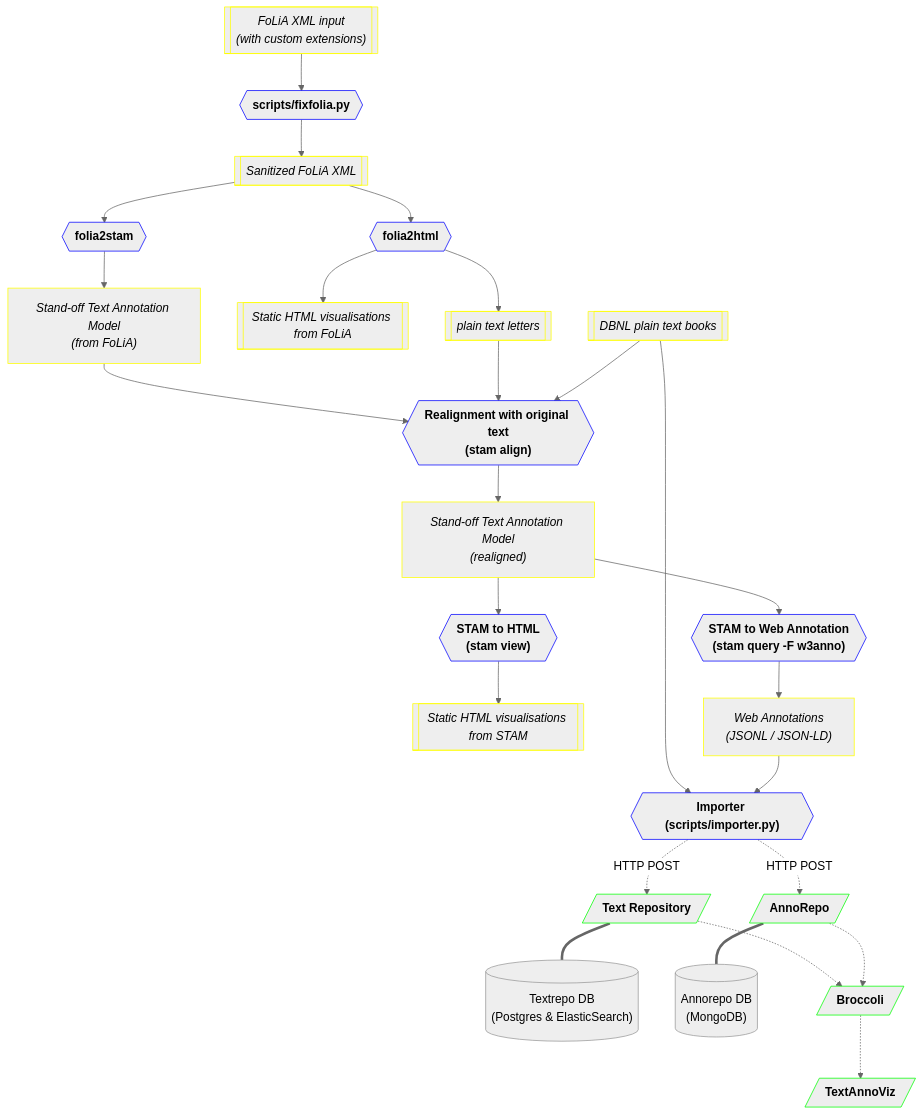
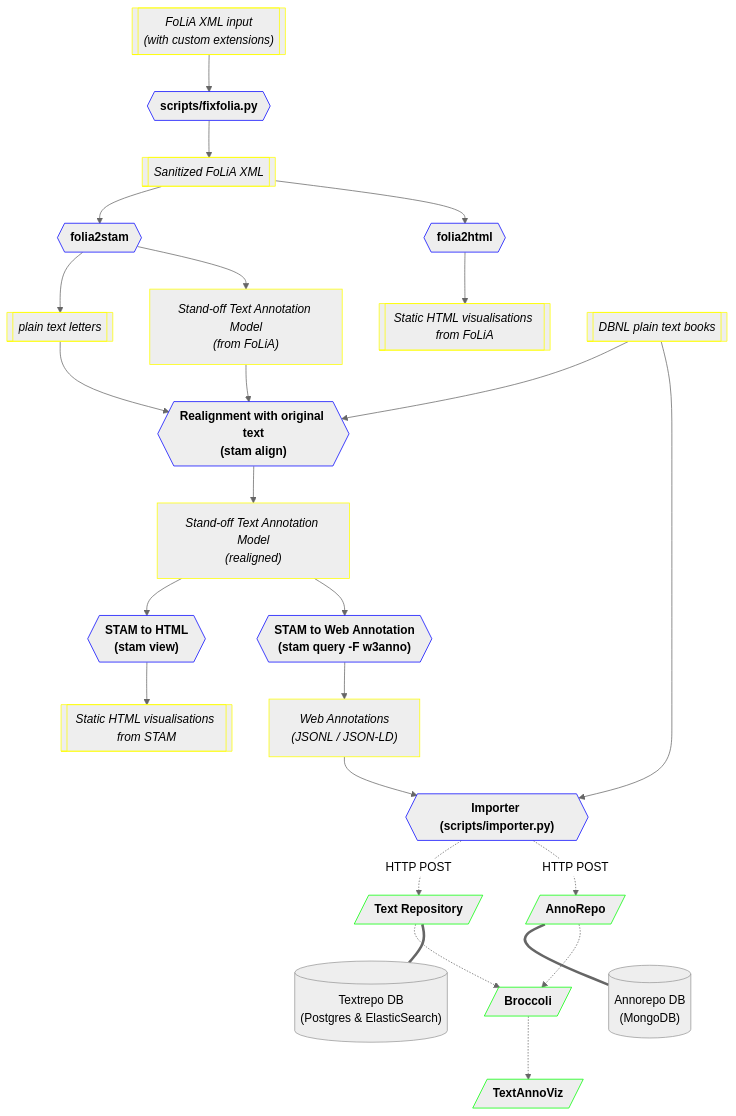
One commit to knaw-huc/brieven-van-hooft-pipeline changed the diagram in README.md. Above: the diagram before and after it, drawn with Mermaid (neutral theme).

Commit message:
diagram fix

````diff
--- a/README.md
+++ b/README.md
@@ -102,61 +102,61 @@
 ```mermaid
 flowchart TD
     folia_input[["FoLiA XML input\n(with custom extensions)"]]
     folia_fixed[[Sanitized FoLiA XML]]
     fixfolia{{scripts/fixfolia.py}}
     folia2stam{{folia2stam}}
     stamstore["Stand-off Text Annotation Model\n(from FoLiA)"]
     stamstore2["Stand-off Text Annotation Model\n(realigned)"]
     stamview{{"STAM to HTML\n(stam view)"}}
     stamhtml[["Static HTML visualisations from STAM"]]
     folia2html{{folia2html}}
     foliahtml[["Static HTML visualisations from FoLiA"]]
     stam2webanno{{"STAM to Web Annotation\n(stam query -F w3anno)"}}
     webanno["Web Annotations\n(JSONL / JSON-LD)"]
     foliaplaintext[["plain text letters"]]
     dbnlplaintext[["DBNL plain text books"]]
     stamalign{{"Realignment with original text\n(stam align)"}}
 
 
 
     importer{{"Importer (scripts/importer.py)"}}
     textrepo[/Text Repository/]
     textrepodb[("Textrepo DB\n(Postgres & ElasticSearch)")]
     annorepo[/AnnoRepo/]
     annorepodb[("Annorepo DB\n(MongoDB)")]
     broccoli[/Broccoli/]
     textannoviz[/TextAnnoViz/]
 
 
     folia_input --> fixfolia 
     fixfolia --> folia_fixed
     folia_fixed --> folia2stam
     folia_fixed --> folia2html
     folia2html --> foliahtml
-    folia2html --> foliaplaintext
+    folia2stam --> foliaplaintext
     folia2stam --> stamstore
     stamstore --> stamalign
     foliaplaintext --> stamalign
     dbnlplaintext --> stamalign
     stamalign --> stamstore2
     stamstore2 --> stamview
     stamstore2 --> stam2webanno
     stamview --> stamhtml
     stam2webanno --> webanno
     dbnlplaintext --> importer
     webanno --> importer
     importer -. "HTTP POST" .-> textrepo
     importer -. "HTTP POST" .-> annorepo
     textrepo -.-> broccoli
     textrepo === textrepodb
     annorepo === annorepodb
     annorepo -.-> broccoli
     broccoli -.-> textannoviz
 
     classDef process stroke:#00f,font-weight:bold
     classDef service stroke:#0f0,font-weight:bold
     classDef data stroke:#ff0,font-style:italic
     class fixfolia,folia2stam,stamview,folia2html,stam2webanno,stamalign,importer process
     class textrepo,annorepo,textannoviz,broccoli service
     class folia_input,folia_fixed,stamstore,stamstore2,foliaplaintext,dbnlplaintext,webanno,foliahtml,stamhtml data
 ```
````
